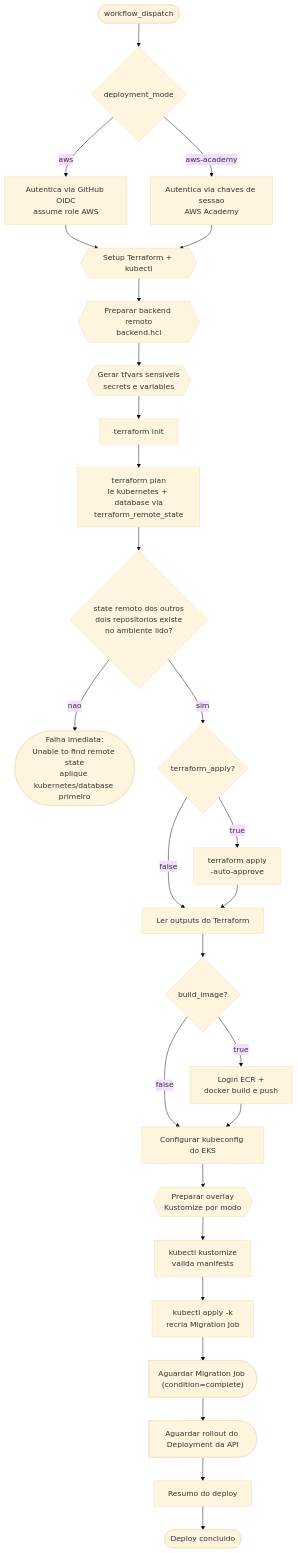
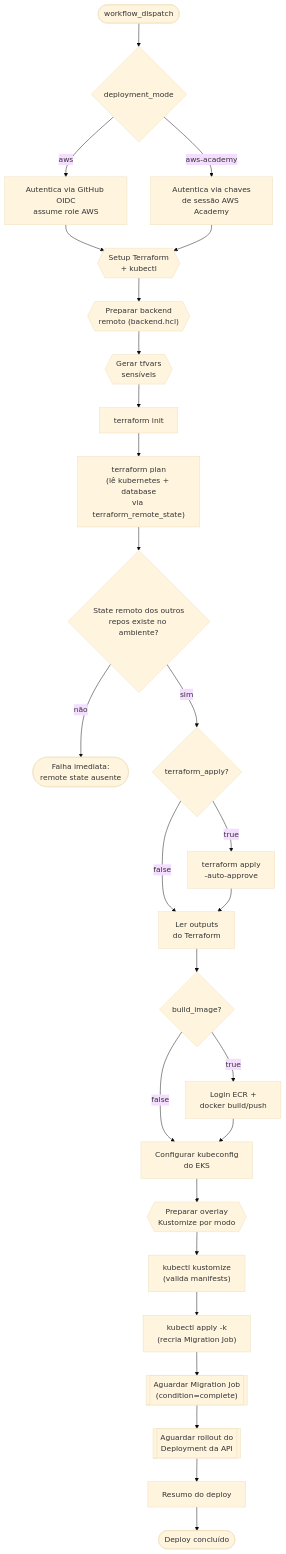
Before and after one commit to phantosmia/oficina-mecanica-fiap: the third of 3 diagrams in docs/arquitetura.md, drawn with Mermaid (base theme). The commit also changed other lines of this file, not shown here.

Commit message:
Corrige legibilidade do diagrama do fluxo de deploy
O diagrama usava a sintaxe estendida de shapes do mermaid
(@{shape: delay, ...}) para os passos de espera, que não é suportada
por vários renderizadores de Markdown (ex.: GitHub), e tinha nós com
linhas de texto longas e desbalanceadas dentro de formas estreitas
(losango de 3 linhas, retângulos), que ficam sobrepostas quando o
renderizador não faz quebra automática de linha.

- Troca os shapes de espera (Migration Job / rollout) pelo retângulo
  de borda dupla clássico ([[...]]), suportado universalmente.
- Encurta e rebalanceia o texto de vários nós, principalmente o
  losango de checagem de remote state (3 linhas -> 2 linhas curtas).
- Atualiza a legenda de formas no texto que acompanha o diagrama.

Validado renderizando antes/depois com @mermaid-js/mermaid-cli, no
modo padrão e simulando renderizadores sem quebra automática de
linha (htmlLabels: false).

````diff
--- a/docs/arquitetura.md
+++ b/docs/arquitetura.md
@@ -127,35 +127,35 @@
 ```mermaid
 flowchart TB
     Start([workflow_dispatch]) --> Auth{deployment_mode}
-    Auth -->|aws| OIDC[Autentica via GitHub OIDC<br/>assume role AWS]
-    Auth -->|aws-academy| Keys[Autentica via chaves de sessao<br/>AWS Academy]
+    Auth -->|aws| OIDC["Autentica via GitHub OIDC<br/>assume role AWS"]
+    Auth -->|aws-academy| Keys["Autentica via chaves<br/>de sessão AWS Academy"]
 
-    OIDC --> Setup{{Setup Terraform + kubectl}}
+    OIDC --> Setup{{"Setup Terraform<br/>+ kubectl"}}
     Keys --> Setup
 
-    Setup --> Backend{{Preparar backend remoto<br/>backend.hcl}}
-    Backend --> Tfvars{{Gerar tfvars sensiveis<br/>secrets e variables}}
-    Tfvars --> Init[terraform init]
-    Init --> Plan[terraform plan<br/>le kubernetes + database via<br/>terraform_remote_state]
+    Setup --> Backend{{"Preparar backend<br/>remoto (backend.hcl)"}}
+    Backend --> Tfvars{{"Gerar tfvars<br/>sensíveis"}}
+    Tfvars --> Init["terraform init"]
+    Init --> Plan["terraform plan<br/>(lê kubernetes + database<br/>via terraform_remote_state)"]
 
-    Plan --> RemoteStateCheck{state remoto dos outros<br/>dois repositorios existe<br/>no ambiente lido?}
-    RemoteStateCheck -->|nao| Fail(["Falha imediata:<br/>Unable to find remote state<br/>aplique kubernetes/database primeiro"])
-    RemoteStateCheck -->|sim| ApplyCheck{terraform_apply?}
-    ApplyCheck -->|true| Apply[terraform apply<br/>-auto-approve]
-    ApplyCheck -->|false| Outputs[Ler outputs do Terraform]
+    Plan --> RemoteStateCheck{"State remoto dos outros<br/>repos existe no ambiente?"}
+    RemoteStateCheck -->|não| Fail(["Falha imediata:<br/>remote state ausente"])
+    RemoteStateCheck -->|sim| ApplyCheck{"terraform_apply?"}
+    ApplyCheck -->|true| Apply["terraform apply<br/>-auto-approve"]
+    ApplyCheck -->|false| Outputs["Ler outputs<br/>do Terraform"]
     Apply --> Outputs
 
-    Outputs --> BuildCheck{build_image?}
-    BuildCheck -->|true| Build[Login ECR +<br/>docker build e push]
-    BuildCheck -->|false| Kube[Configurar kubeconfig do EKS]
+    Outputs --> BuildCheck{"build_image?"}
+    BuildCheck -->|true| Build["Login ECR +<br/>docker build/push"]
+    BuildCheck -->|false| Kube["Configurar kubeconfig<br/>do EKS"]
     Build --> Kube
 
-    Kube --> Overlay{{Preparar overlay<br/>Kustomize por modo}}
-    Overlay --> Validate[kubectl kustomize<br/>valida manifests]
-    Validate --> ApplyK8s[kubectl apply -k<br/>recria Migration Job]
+    Kube --> Overlay{{"Preparar overlay<br/>Kustomize por modo"}}
+    Overlay --> Validate["kubectl kustomize<br/>(valida manifests)"]
+    Validate --> ApplyK8s["kubectl apply -k<br/>(recria Migration Job)"]
 
-    ApplyK8s --> WaitMig@{ shape: delay, label: "Aguardar Migration Job (condition=complete)" }
-    WaitMig --> WaitRollout@{ shape: delay, label: "Aguardar rollout do Deployment da API" }
-    WaitRollout --> Summary[Resumo do deploy]
-    Summary --> End([Deploy concluido])
+    ApplyK8s --> WaitMig[["Aguardar Migration Job<br/>(condition=complete)"]]
+    WaitMig --> WaitRollout[["Aguardar rollout do<br/>Deployment da API"]]
+    WaitRollout --> Summary["Resumo do deploy"]
+    Summary --> End([Deploy concluído])
 ```
````
